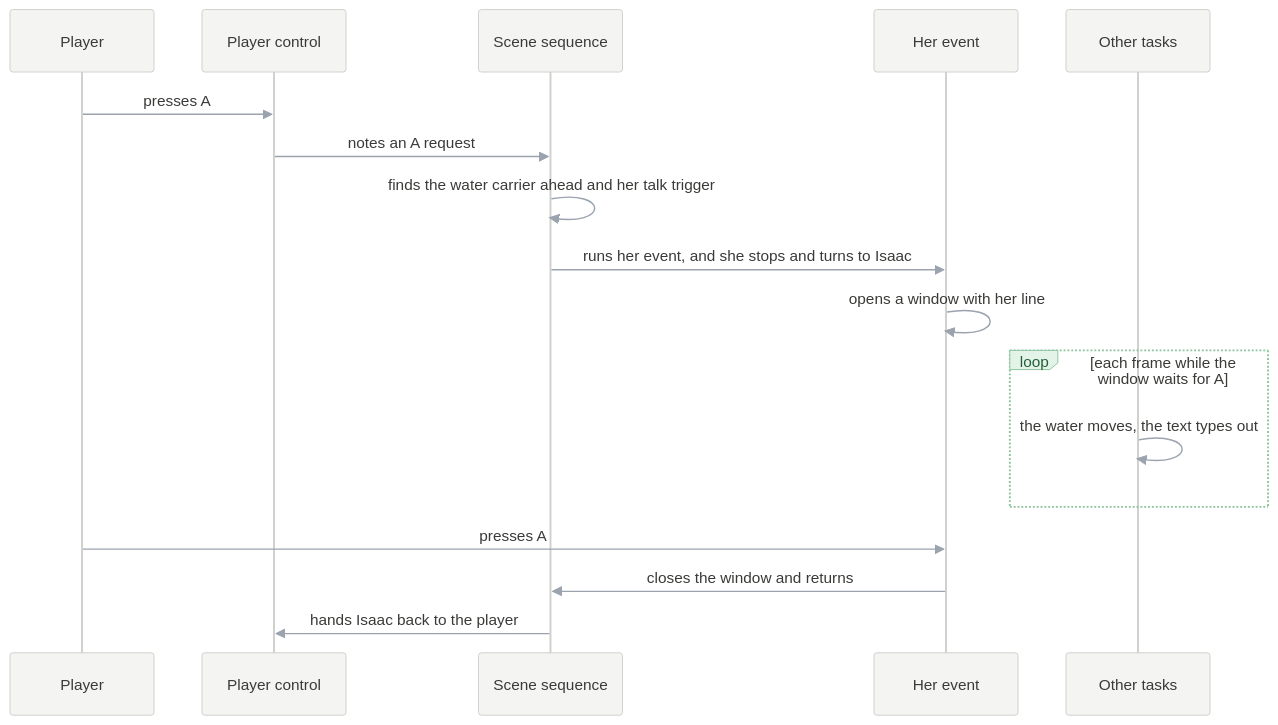
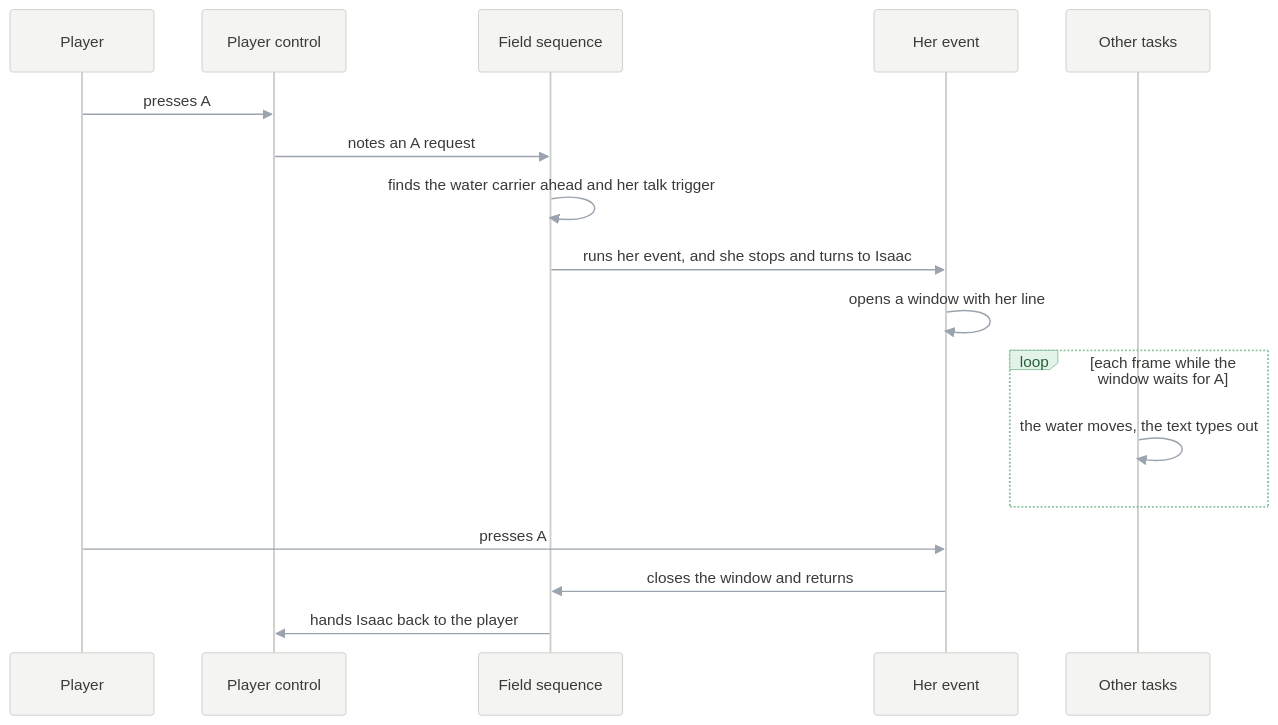
One commit to PascalPixel/alchemy changed the ninth of 9 diagrams in games/tbs/README.md. Above: the diagram before and after it, drawn with Mermaid. The commit also changed other lines of this file and 72 other files, not shown here.

First line of the commit message:
FieldSequence_Run: the field sequence, from the credits' Field division

````diff
--- a/games/tbs/README.md
+++ b/games/tbs/README.md
@@ -402,20 +402,20 @@
 ```mermaid
 %%{init: {"theme": "base", "themeVariables": {"actorBkg": "#F4F4F2", "actorBorder": "#CFCFCB", "actorTextColor": "#3A3A38", "signalColor": "#9AA3AE", "signalTextColor": "#3A3A38", "noteBkgColor": "#FBE7C6", "noteBorderColor": "#E0B46A", "noteTextColor": "#7A5212", "loopTextColor": "#3A3A38", "labelBoxBkgColor": "#E4F3E8", "labelBoxBorderColor": "#8DC49E", "labelTextColor": "#25603A"}}}%%
 sequenceDiagram
   participant P as Player
   participant C as Player control
-  participant M as Scene sequence
+  participant M as Field sequence
   participant E as Her event
   participant T as Other tasks
   P->>C: presses A
   C->>M: notes an A request
   M->>M: finds the water carrier ahead and her talk trigger
   M->>E: runs her event, and she stops and turns to Isaac
   E->>E: opens a window with her line
   loop each frame while the window waits for A
     T->>T: the water moves, the text types out
   end
   P->>E: presses A
   E->>M: closes the window and returns
   M->>C: hands Isaac back to the player
 ```
````
